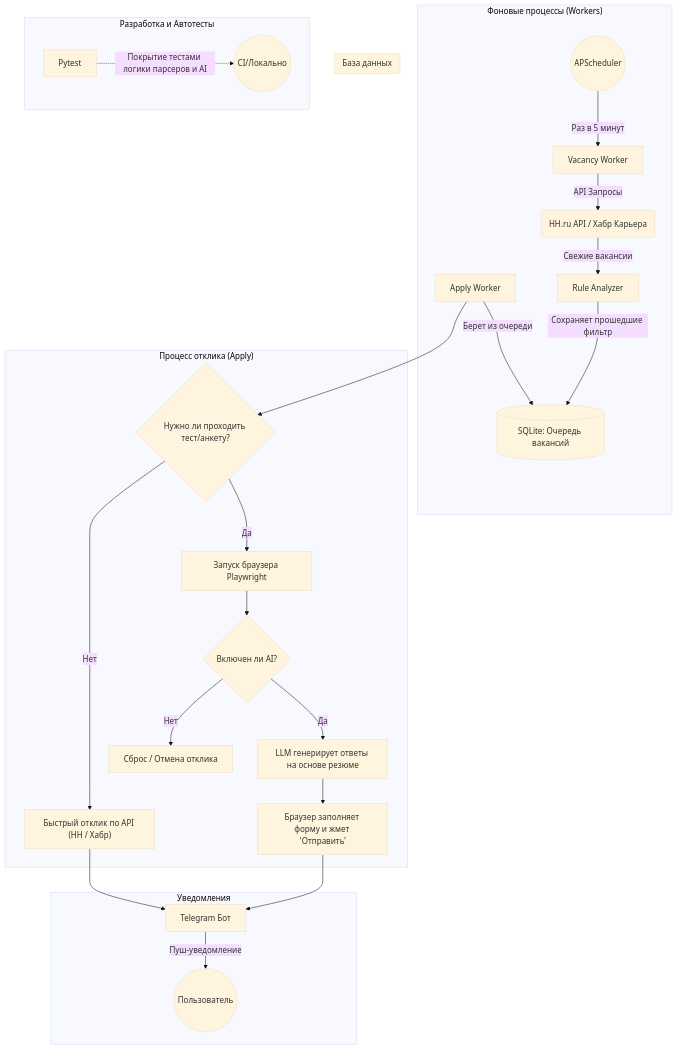
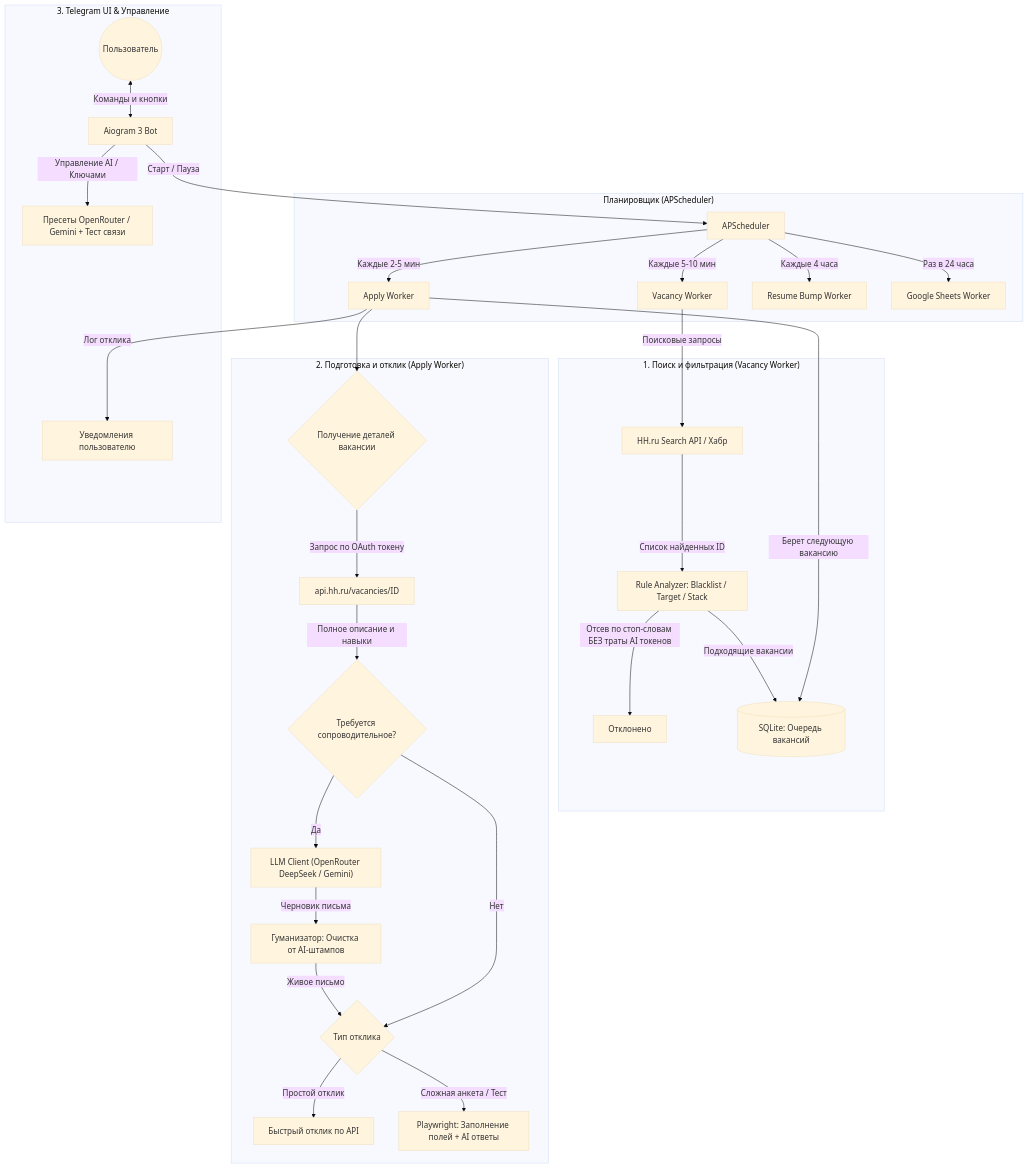
The diagram in ARCHITECTURE.md (silentl0tus/hhbot_autoresponder), drawn with Mermaid (base theme) before and after one commit. The commit also changed other lines of this file and 1 other file, not shown here.

Commit message:
docs: update project description, architecture and commissioning guide

````diff
--- a/ARCHITECTURE.md
+++ b/ARCHITECTURE.md
@@ -20,37 +32,38 @@
 ```mermaid
 graph TD
-    subgraph "Фоновые процессы (Workers)"
-        A((APScheduler)) -->|Раз в 5 минут| B[Vacancy Worker]
-        B -->|API Запросы| C("HH.ru API / Хабр Карьера")
-        C -->|Свежие вакансии| D[Rule Analyzer]
-        F[Apply Worker] -->|Берет из очереди| E
+    subgraph "Планировщик (APScheduler)"
+        SCHED[APScheduler] -->|Каждые 5-10 мин| VW[Vacancy Worker]
+        SCHED -->|Каждые 2-5 мин| AW[Apply Worker]
+        SCHED -->|Каждые 4 часа| BW[Resume Bump Worker]
+        SCHED -->|Раз в 24 часа| GSW[Google Sheets Worker]
     end
 
-    subgraph "База данных"
-        D -->|Сохраняет прошедшие фильтр| E[(SQLite: Очередь вакансий)]
+    subgraph "1. Поиск и фильтрация (Vacancy Worker)"
+        VW -->|Поисковые запросы| HH_API["HH.ru Search API / Хабр"]
+        HH_API -->|Список найденных ID| RA[Rule Analyzer: Blacklist / Target / Stack]
+        RA -->|Отсев по стоп-словам БЕЗ траты AI токенов| DROP[Отклонено]
+        RA -->|Подходящие вакансии| DB_QUEUE[(SQLite: Очередь вакансий)]
     end
 
-    subgraph "Процесс отклика (Apply)"
-        F --> G{Нужно ли проходить тест/анкету?}
+    subgraph "2. Подготовка и отклик (Apply Worker)"
+        AW -->|Берет следующую вакансию| DB_QUEUE
+        AW --> DETAILS{Получение деталей вакансии}
+        DETAILS -->|Запрос по OAuth токену| HH_OAUTH["api.hh.ru/vacancies/ID"]
+        HH_OAUTH -->|Полное описание и навыки| CL_PREP{Требуется сопроводительное?}
         
-        G -->|Нет| H["Быстрый отклик по API (HH / Хабр)"]
-        
-        G -->|Да| I[Запуск браузера Playwright]
-        I --> J{Включен ли AI?}
-        
-        J -->|Да| K[LLM генерирует ответы на основе резюме]
-        J -->|Нет| L[Сброс / Отмена отклика]
-        
-        K --> M[Браузер заполняет форму и жмет 'Отправить']
+        CL_PREP -->|Да| LLM_CALL["LLM Client (OpenRouter DeepSeek / Gemini)"]
+        LLM_CALL -->|Черновик письма| HUM[Гуманизатор: Очистка от AI-штампов]
+        HUM -->|Живое письмо| APPLY_EXEC{Тип отклика}
+        CL_PREP -->|Нет| APPLY_EXEC
+
+        APPLY_EXEC -->|Простой отклик| DIRECT_API["Быстрый отклик по API"]
+        APPLY_EXEC -->|Сложная анкета / Тест| PW[Playwright: Заполнение полей + AI ответы]
     end
 
-    subgraph "Уведомления"
-        H --> N[Telegram Бот]
-        M --> N
-        N -->|Пуш-уведомление| O((Пользователь))
-    end
-
-    subgraph "Разработка и Автотесты"
-        P[Pytest] -.->|Покрытие тестами логики парсеров и AI| Q((CI/Локально))
+    subgraph "3. Telegram UI & Управление"
+        AW -->|Лог отклика| TG_NOTIF[Уведомления пользователю]
+        USER((Пользователь)) <-->|Команды и кнопки| TG_BOT[Aiogram 3 Bot]
+        TG_BOT -->|Управление AI / Ключами| AI_MGR["Пресеты OpenRouter / Gemini + Тест связи"]
+        TG_BOT -->|Старт / Пауза| SCHED
     end
 ```
````
